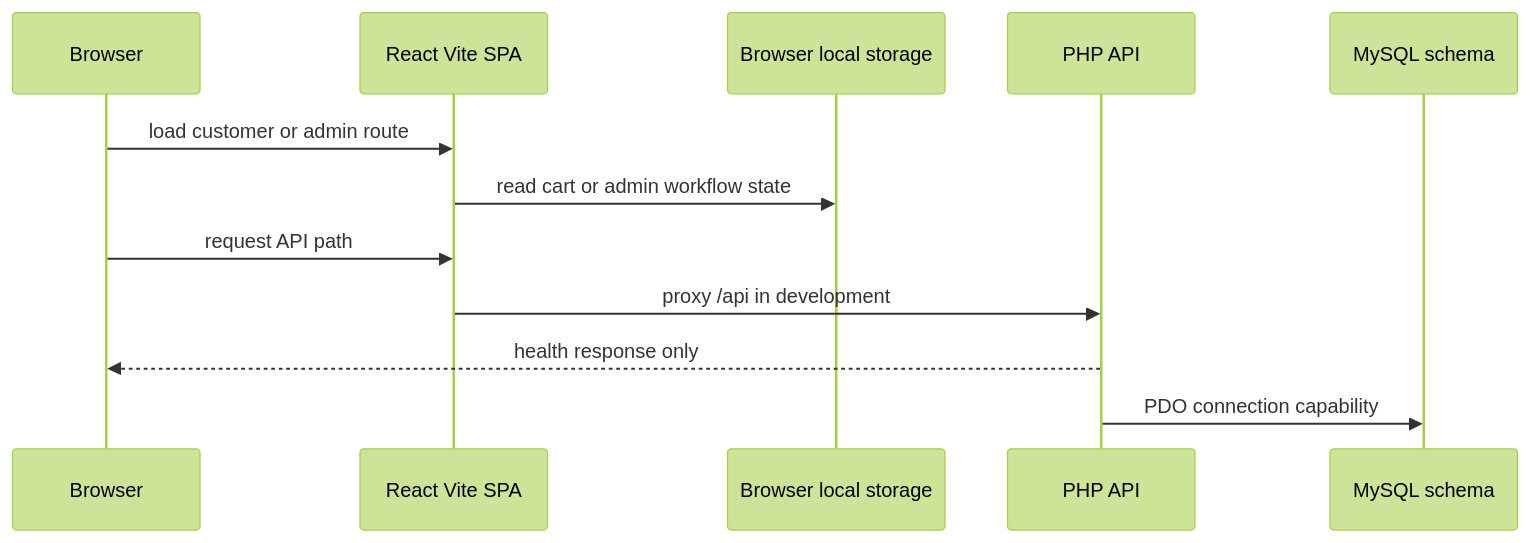
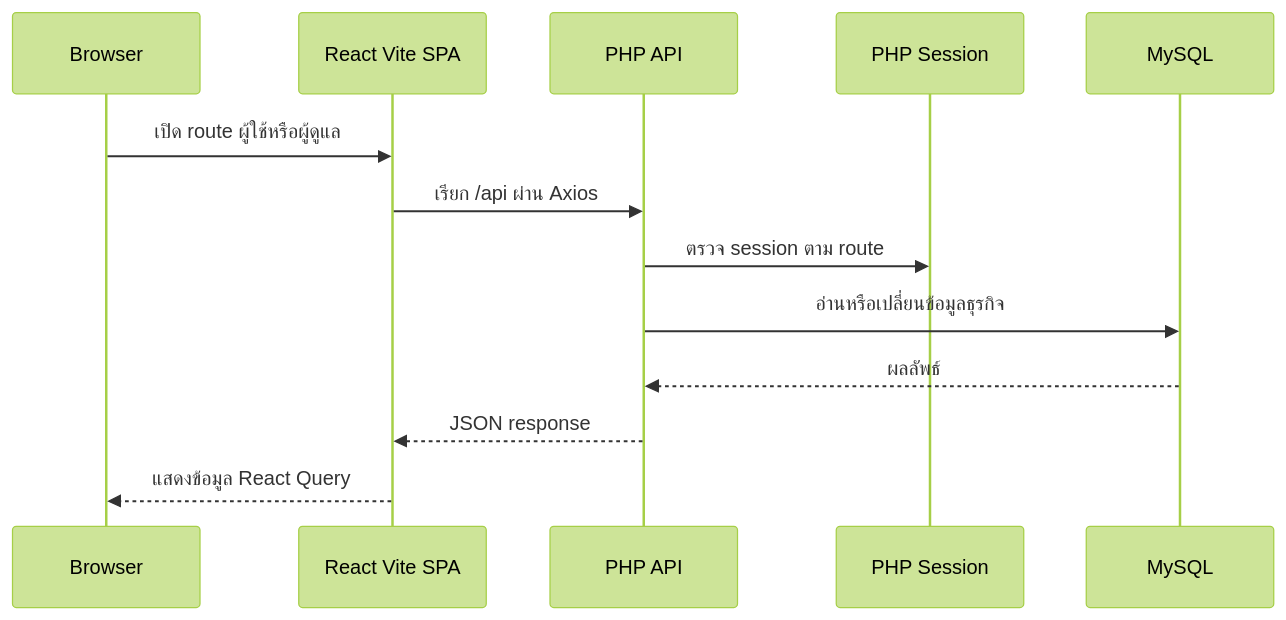
One commit to bank188950/shop changed the diagram in openwiki/architecture/overview.md. Above: the diagram before and after it, drawn with Mermaid (forest theme). The commit also changed other lines of this file and 27 other files, not shown here.

````diff
--- a/openwiki/architecture/overview.md
+++ b/openwiki/architecture/overview.md
@@ -12,14 +12,15 @@
 ```mermaid
 sequenceDiagram
     participant Browser
     participant SPA as React Vite SPA
-    participant LocalState as Browser local storage
-    participant PHP as PHP API
-    participant DB as MySQL schema
-    Browser->>SPA: load customer or admin route
-    SPA->>LocalState: read cart or admin workflow state
-    Browser->>SPA: request API path
-    SPA->>PHP: proxy /api in development
-    PHP-->>Browser: health response only
-    PHP->>DB: PDO connection capability
+    participant API as PHP API
+    participant Session as PHP Session
+    participant DB as MySQL
+    Browser->>SPA: เปิด route ผู้ใช้หรือผู้ดูแล
+    SPA->>API: เรียก /api ผ่าน Axios
+    API->>Session: ตรวจ session ตาม route
+    API->>DB: อ่านหรือเปลี่ยนข้อมูลธุรกิจ
+    DB-->>API: ผลลัพธ์
+    API-->>SPA: JSON response
+    SPA-->>Browser: แสดงข้อมูล React Query
 ```
````
